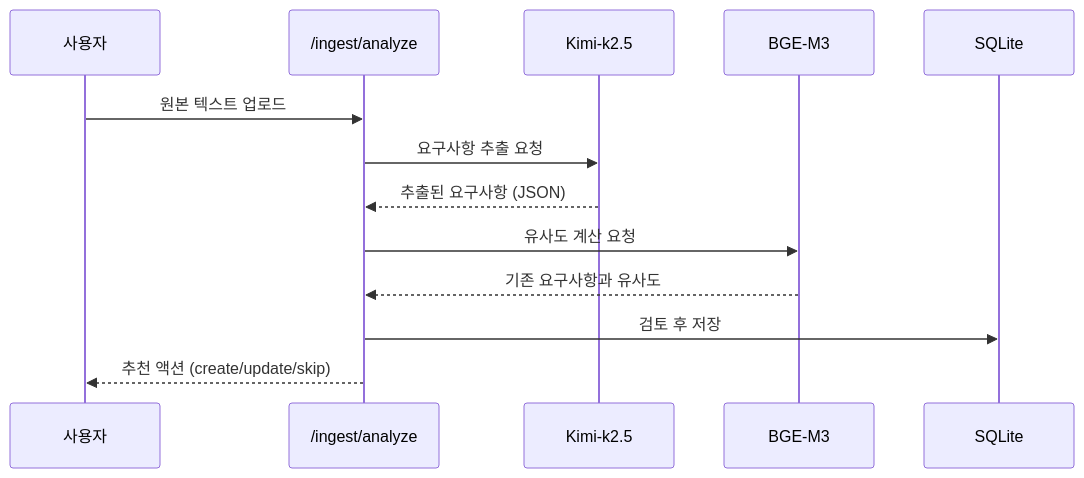
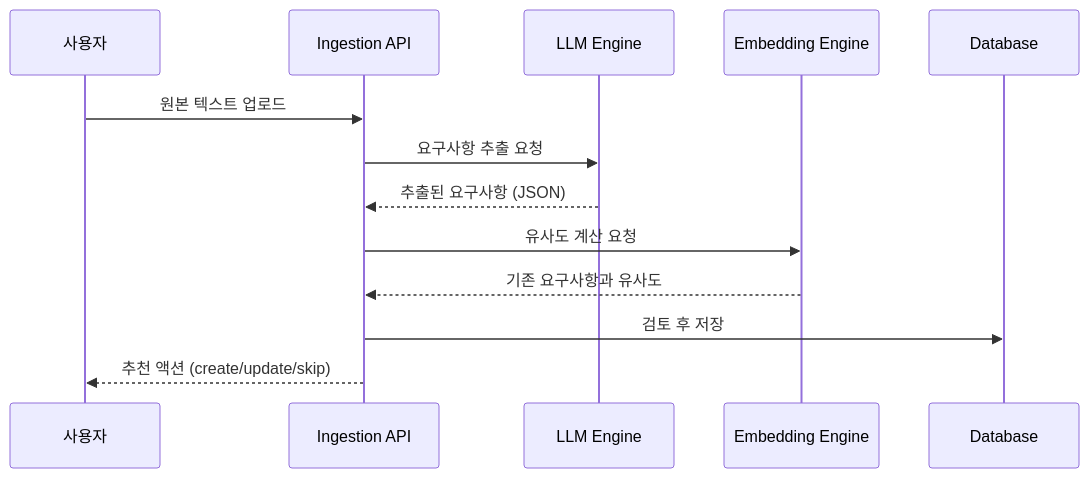
One commit to Vegitime-bot/Requirement_management changed the second of 8 diagrams in README.md. Above: the diagram before and after it, drawn with Mermaid. The commit also changed other lines of this file and 2 other files, not shown here.

````diff
--- a/README.md
+++ b/README.md
@@ -59,16 +61,16 @@
 ```mermaid
 sequenceDiagram
     participant User as 사용자
-    participant API as /ingest/analyze
-    participant LLM as Kimi-k2.5
-    participant Embed as BGE-M3
-    participant DB as SQLite
+    participant API as Ingestion API
+    participant LLM as LLM Engine
+    participant Embed as Embedding Engine
+    participant DB as Database
 
     User->>API: 원본 텍스트 업로드
     API->>LLM: 요구사항 추출 요청
     LLM-->>API: 추출된 요구사항 (JSON)
     API->>Embed: 유사도 계산 요청
     Embed-->>API: 기존 요구사항과 유사도
     API->>DB: 검토 후 저장
     API-->>User: 추천 액션 (create/update/skip)
 ```
````
